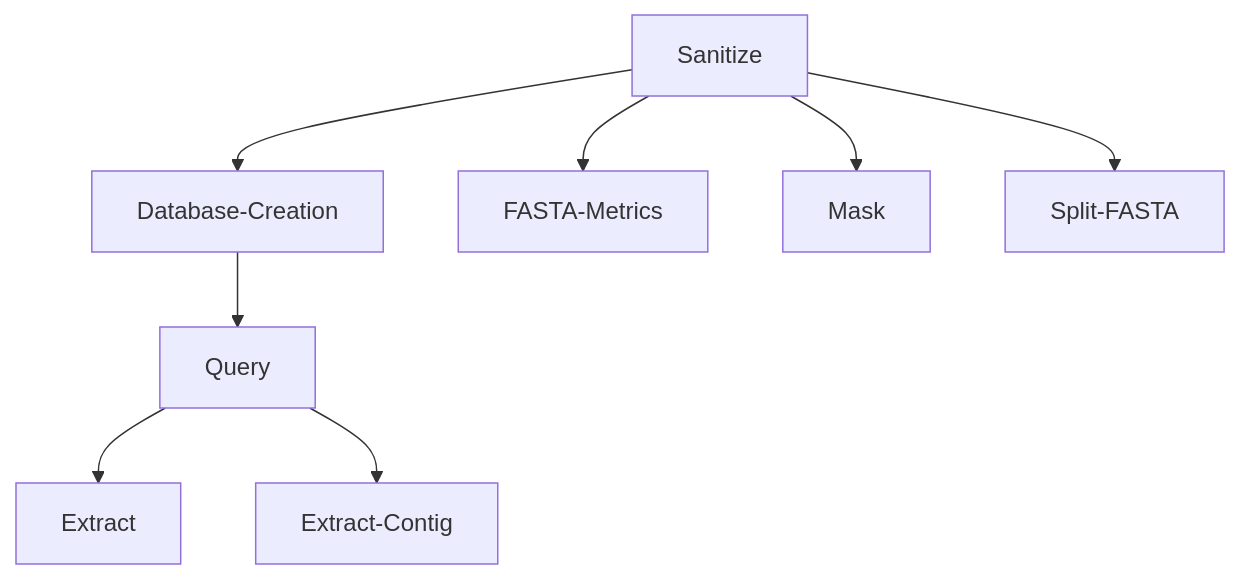
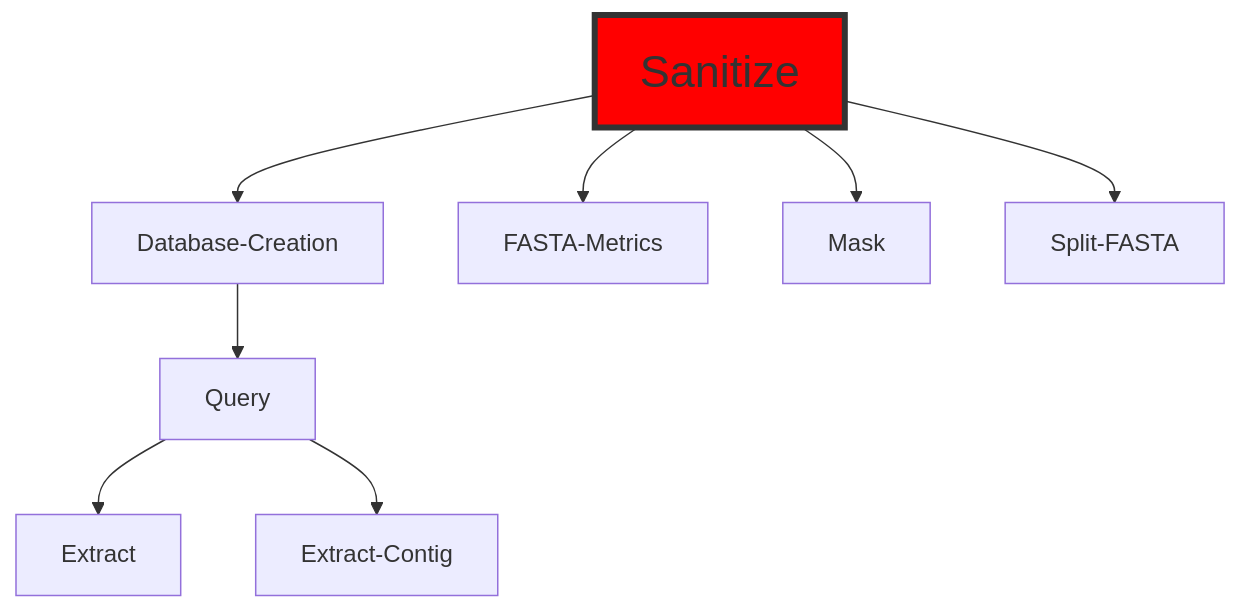
One commit to ERBringHorvath/SeqForge changed the diagram in README.md. Above: the diagram before and after it, drawn with Mermaid. The commit also changed other lines of this file, not shown here.

````diff
--- a/README.md
+++ b/README.md
@@ -79,10 +79,13 @@
 ```mermaid
 graph TD;
     Sanitize-->Database-Creation;
     Database-Creation-->Query;
     Query-->Extract;
     Query-->Extract-Contig;
     Sanitize-->FASTA-Metrics;
     Sanitize-->Mask;
     Sanitize-->Split-FASTA;
+
+    %% Custom style for Sanitize node
+    style Sanitize fill:#ff0000,stroke:#333,stroke-width:4,font-size:30px
 ```
````
